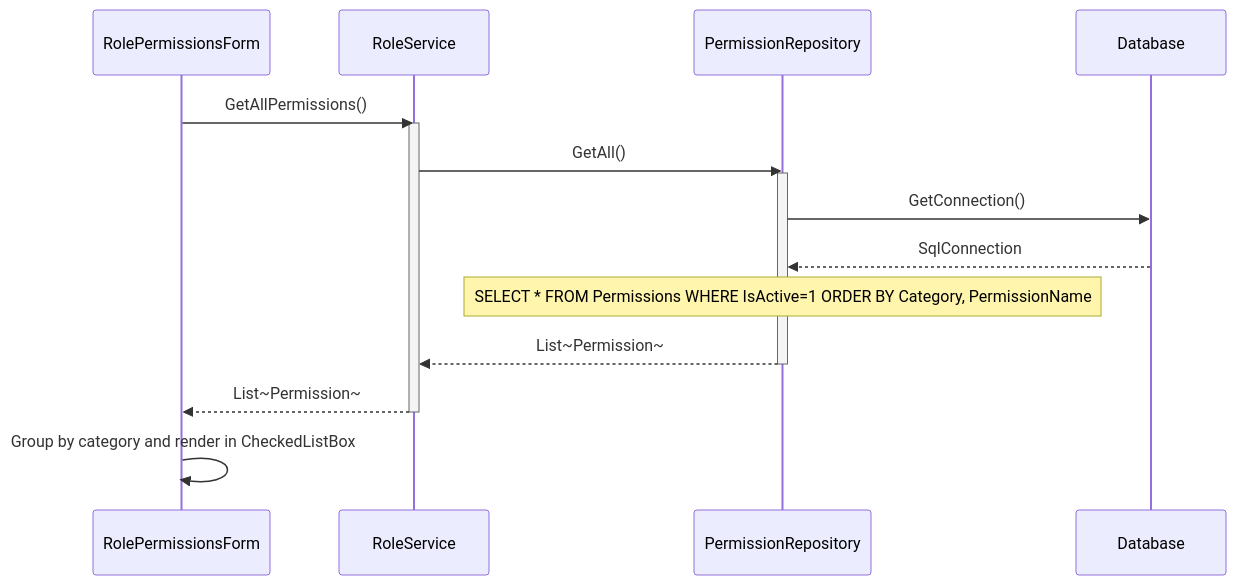
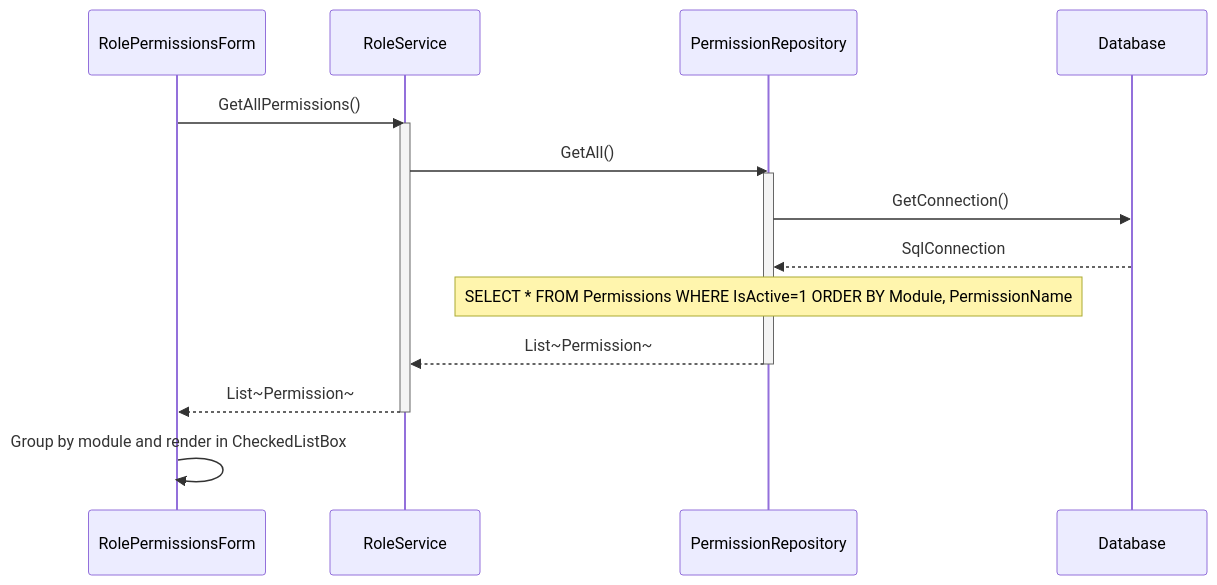
The fifth of 14 diagrams in Documentation/UML_Diagrams/12_Role_Permissions_Process_Sequence_Diagram.md (nahuk86/tp_diploma_nk_2026), drawn with Mermaid before and after one commit. The commit also changed other lines of this file and 4 other files, not shown here.

Commit message:
Update UML diagrams 08-12 to reflect actual implementation

````diff
--- a/Documentation/UML_Diagrams/12_Role_Permissions_Process_Sequence_Diagram.md
+++ b/Documentation/UML_Diagrams/12_Role_Permissions_Process_Sequence_Diagram.md
@@ -181,20 +181,20 @@
 ```mermaid
 sequenceDiagram
     participant UI as RolePermissionsForm
     participant BLL as RoleService
     participant REPO as PermissionRepository
     participant DB as Database
 
     UI->>BLL: GetAllPermissions()
     activate BLL
     BLL->>REPO: GetAll()
     activate REPO
     REPO->>DB: GetConnection()
     DB-->>REPO: SqlConnection
-    Note over REPO: SELECT * FROM Permissions WHERE IsActive=1 ORDER BY Category, PermissionName
+    Note over REPO: SELECT * FROM Permissions WHERE IsActive=1 ORDER BY Module, PermissionName
     REPO-->>BLL: List~Permission~
     deactivate REPO
     BLL-->>UI: List~Permission~
     deactivate BLL
-    UI->>UI: Group by category and render in CheckedListBox
+    UI->>UI: Group by module and render in CheckedListBox
 ```
````
